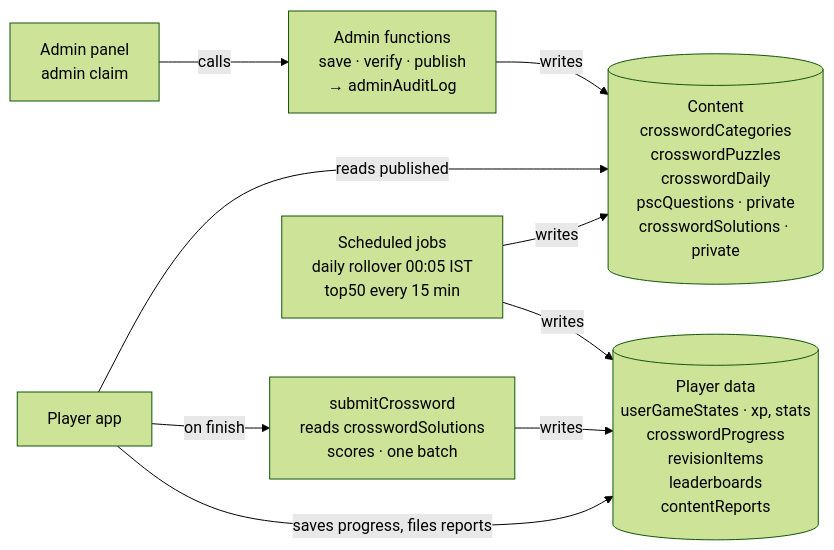
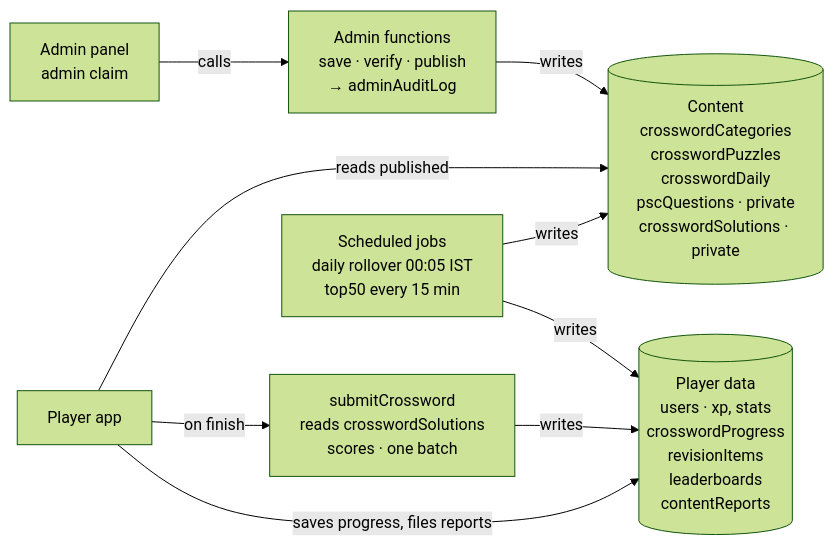
The first of 2 diagrams in docs/firebase/FIREBASE_DESIGN.md (MuneerAhamed01/Wordschool), drawn with Mermaid (forest theme) before and after one commit. The commit also changed other lines of this file and 24 other files, not shown here.

````diff
--- a/docs/firebase/FIREBASE_DESIGN.md
+++ b/docs/firebase/FIREBASE_DESIGN.md
@@ -44,11 +44,11 @@
 ```mermaid
 flowchart LR
   AP[Admin panel<br/>admin claim] -->|calls| AF[Admin functions<br/>save · verify · publish<br/>→ adminAuditLog]
   AF -->|writes| C[(Content<br/>crosswordCategories<br/>crosswordPuzzles<br/>crosswordDaily<br/>pscQuestions · private<br/>crosswordSolutions · private)]
   PA[Player app] -->|reads published| C
   PA -->|on finish| SC[submitCrossword<br/>reads crosswordSolutions<br/>scores · one batch]
-  SC -->|writes| P[(Player data<br/>userGameStates · xp, stats<br/>crosswordProgress<br/>revisionItems<br/>leaderboards<br/>contentReports)]
+  SC -->|writes| P[(Player data<br/>users · xp, stats<br/>crosswordProgress<br/>revisionItems<br/>leaderboards<br/>contentReports)]
   PA -->|saves progress, files reports| P
   SJ[Scheduled jobs<br/>daily rollover 00:05 IST<br/>top50 every 15 min] -->|writes| C
   SJ -->|writes| P
 ```
````
